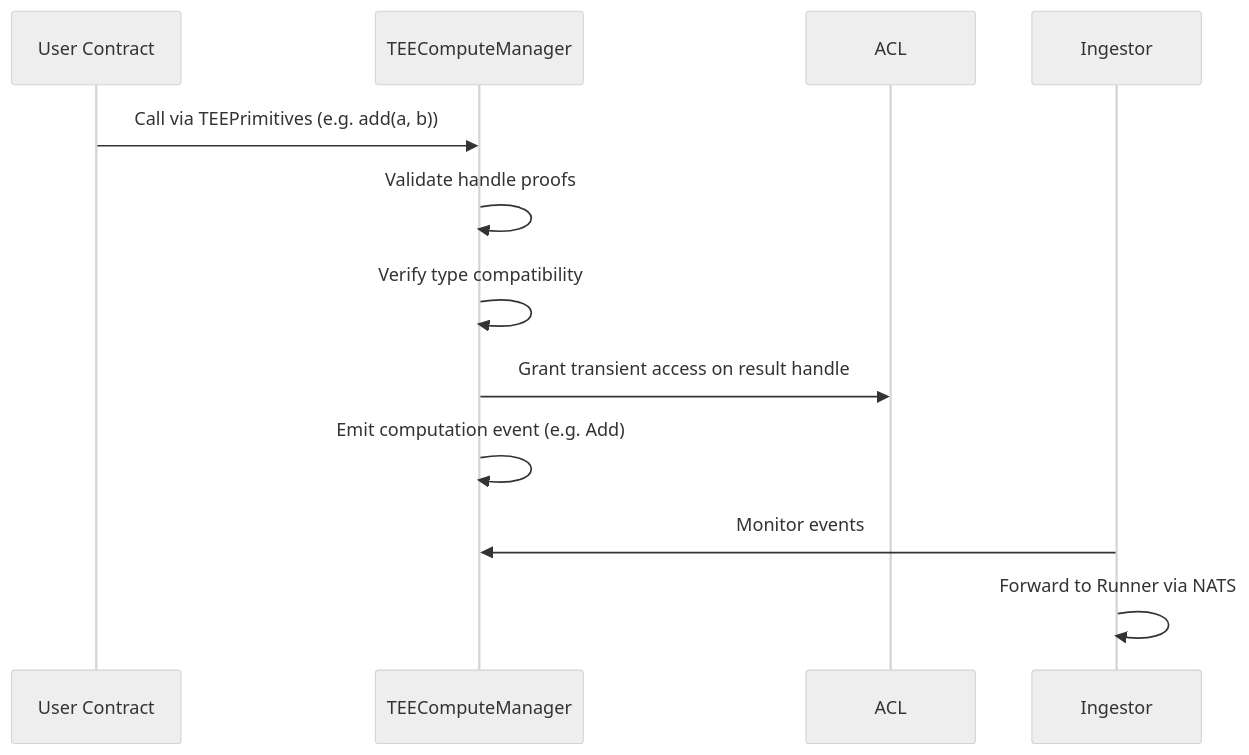
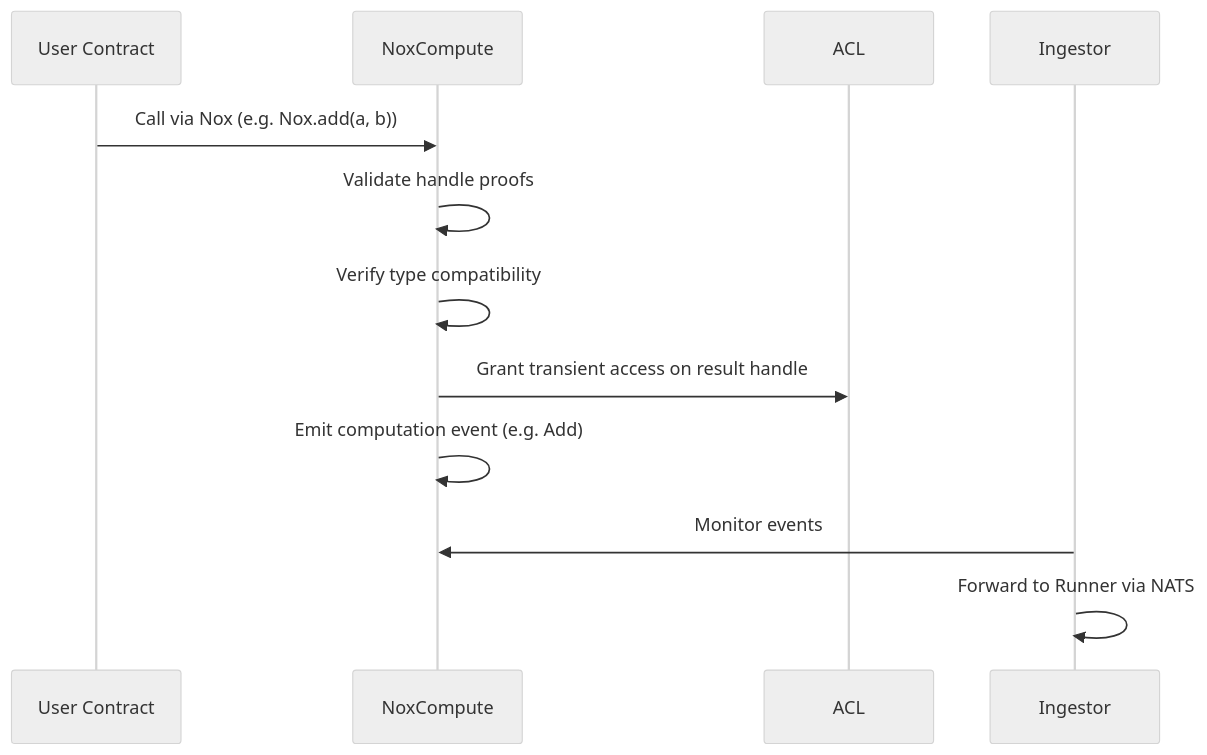
The diagram in src/protocol/nox-smart-contracts.md (iExec-Nox/documentation), drawn with Mermaid (neutral theme) before and after one commit. The commit also changed other lines of this file and 2 other files, not shown here.

Commit message:
docs: rename TEEComputeManager to NoxCompute and apply contract updates (#23)

````diff
--- a/src/protocol/nox-smart-contracts.md
+++ b/src/protocol/nox-smart-contracts.md
@@ -23,15 +23,15 @@
 ```mermaid
 sequenceDiagram
     participant U as User Contract
-    participant TEE as TEEComputeManager
+    participant TEE as NoxCompute
     participant ACL as ACL
     participant I as Ingestor
 
-    U->>TEE: Call via TEEPrimitives (e.g. add(a, b))
+    U->>TEE: Call via Nox (e.g. Nox.add(a, b))
     TEE->>TEE: Validate handle proofs
     TEE->>TEE: Verify type compatibility
     TEE->>ACL: Grant transient access on result handle
     TEE->>TEE: Emit computation event (e.g. Add)
     I->>TEE: Monitor events
     I->>I: Forward to Runner via NATS
 ```
````
